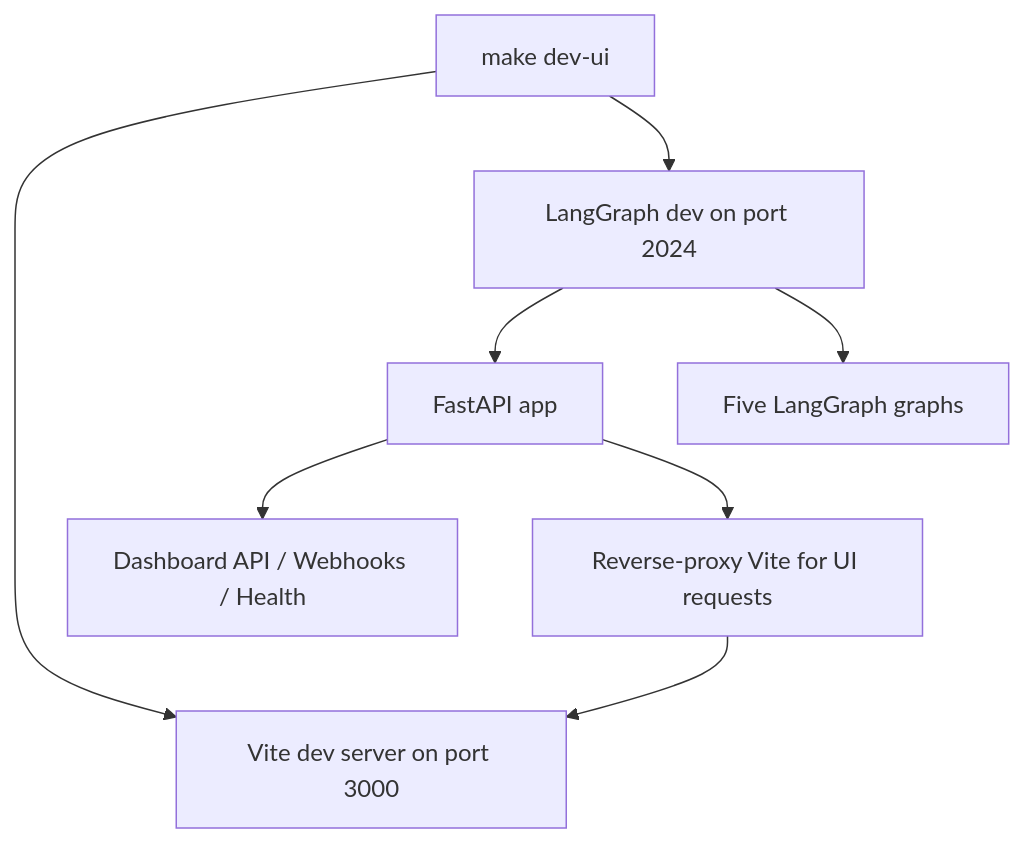
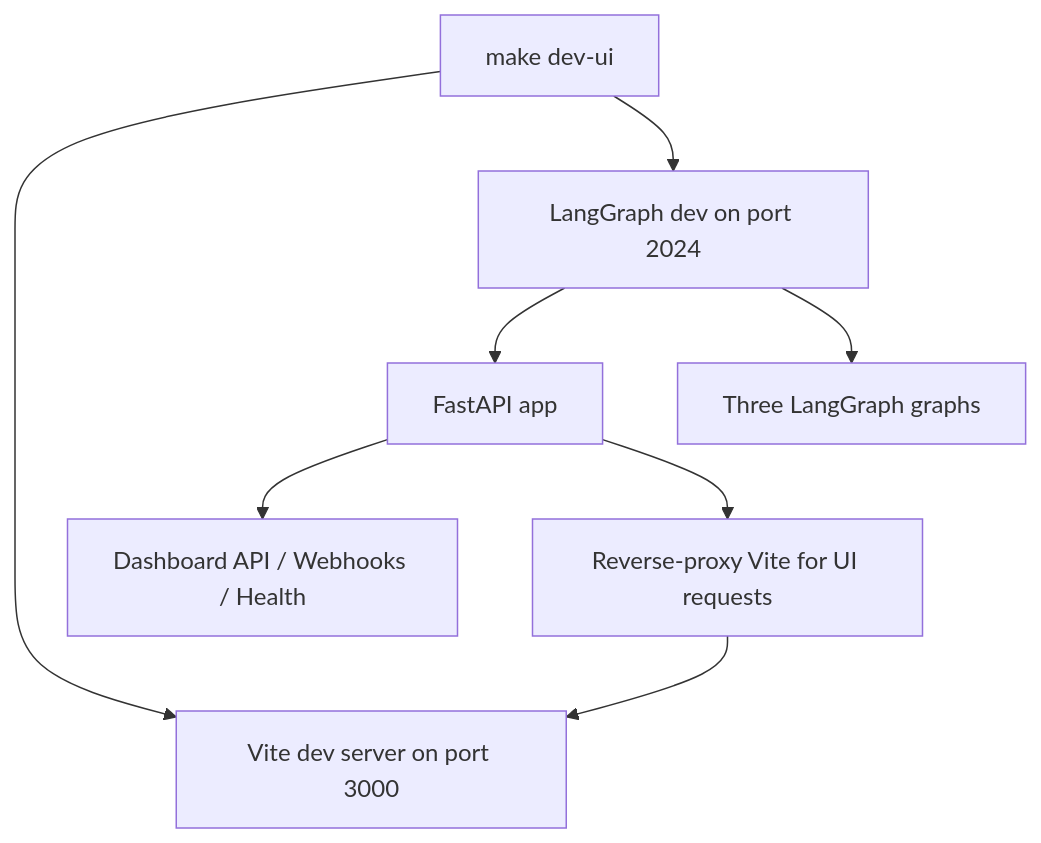
The second of 3 diagrams in openwiki/operations/deployment.md (langchain-ai/open-swe), drawn with Mermaid before and after one commit. The commit also changed other lines of this file and 44 other files, not shown here.

````diff
--- a/openwiki/operations/deployment.md
+++ b/openwiki/operations/deployment.md
@@ -207,18 +205,18 @@
 ```mermaid
 flowchart TD
   DevUI["make dev-ui"]
   Vite["Vite dev server on port 3000"]
   LG["LangGraph dev on port 2024"]
   FastAPI["FastAPI app"]
-  Graphs["Five LangGraph graphs"]
+  Graphs["Three LangGraph graphs"]
   Routes["Dashboard API / Webhooks / Health"]
   Proxy["Reverse-proxy Vite for UI requests"]
 
   DevUI --> Vite
   DevUI --> LG
   LG --> FastAPI
   LG --> Graphs
   FastAPI --> Routes
   FastAPI --> Proxy
   Proxy --> Vite
 ```
````
